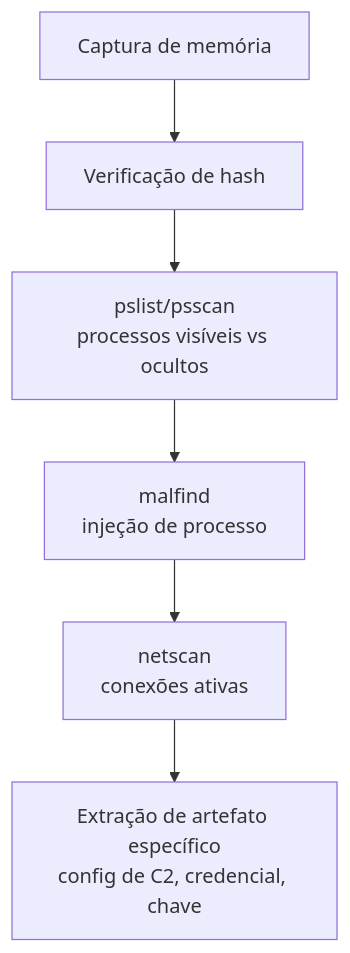
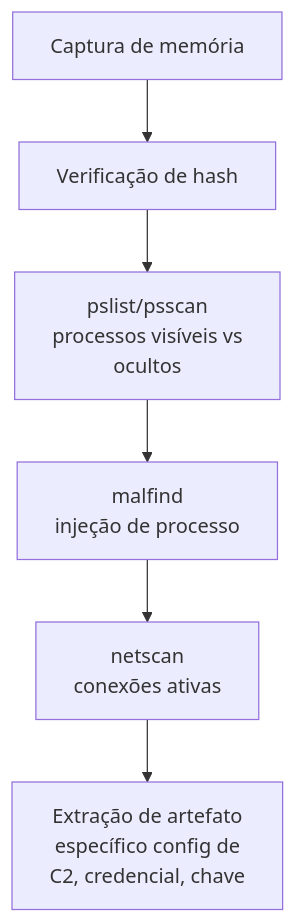
Before and after one commit to LuucasVerdun/Cyber-Attack-Analysis-Framework: the diagram in Attack-Categories/Memory-Forensics/README.md, drawn with Mermaid. The commit also changed 28 other files, not shown here.

````diff
--- a/Attack-Categories/Memory-Forensics/README.md
+++ b/Attack-Categories/Memory-Forensics/README.md
@@ -32,8 +32,8 @@
 ```mermaid
 flowchart TD
     A[Captura de memória] --> B[Verificação de hash]
-    B --> C[pslist/psscan<br/>processos visíveis vs ocultos]
+    B --> C[pslist/psscan<br/>processos visíveis vs<br/>ocultos]
     C --> D[malfind<br/>injeção de processo]
     D --> E[netscan<br/>conexões ativas]
-    E --> F[Extração de artefato específico<br/>config de C2, credencial, chave]
+    E --> F[Extração de artefato<br/>específico config de<br/>C2, credencial, chave]
 ```
````
